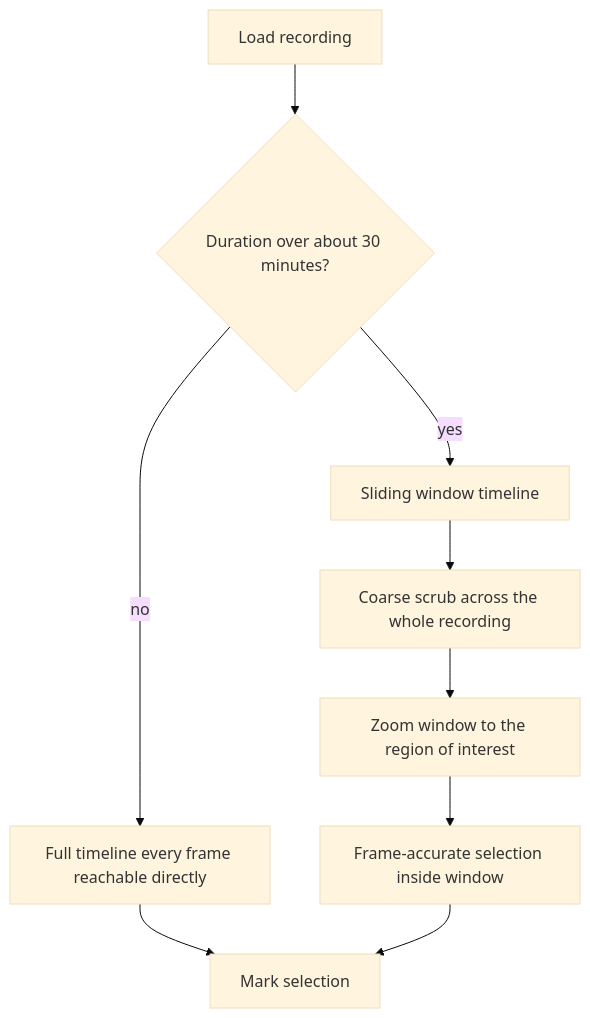
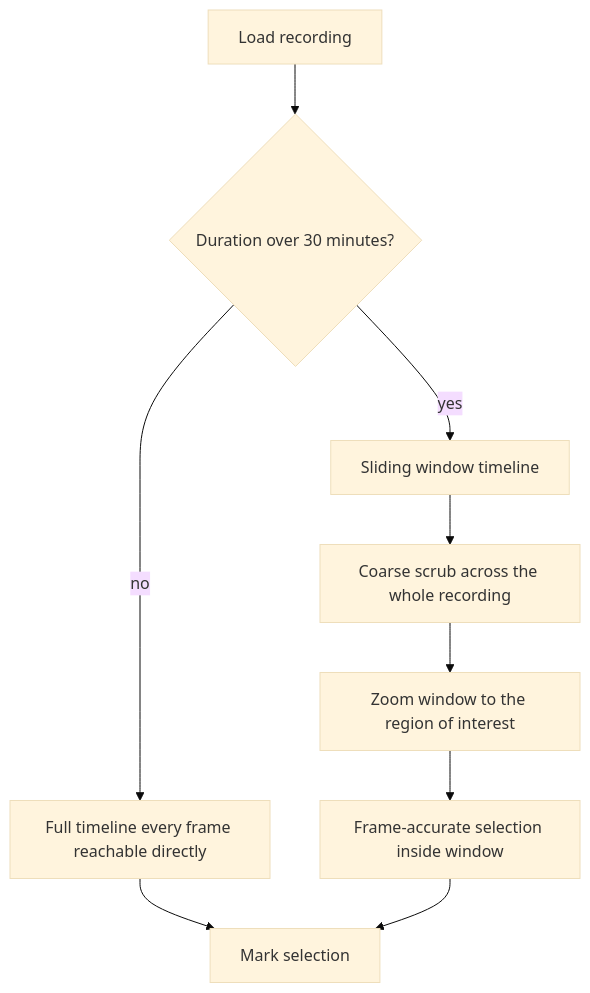
One commit to CodyCBakerPhD/BBQS-EMBER-docs changed the diagram in user-stories/clip-extractor/story-07-work-with-multi-hour-recordings.md. Above: the diagram before and after it, drawn with Mermaid (base theme).

````diff
--- a/user-stories/clip-extractor/story-07-work-with-multi-hour-recordings.md
+++ b/user-stories/clip-extractor/story-07-work-with-multi-hour-recordings.md
@@ -16,11 +16,11 @@
 ```mermaid
 flowchart TB
-    A[Load recording] --> B{Duration over about 30 minutes?}
+    A[Load recording] --> B{Duration over 30 minutes?}
     B -- no --> C[Full timeline every frame reachable directly]
     B -- yes --> D[Sliding window timeline]
     D --> E[Coarse scrub across the whole recording]
     E --> F[Zoom window to the region of interest]
     F --> G[Frame-accurate selection inside window]
     C --> H[Mark selection]
     G --> H
 ```
````
